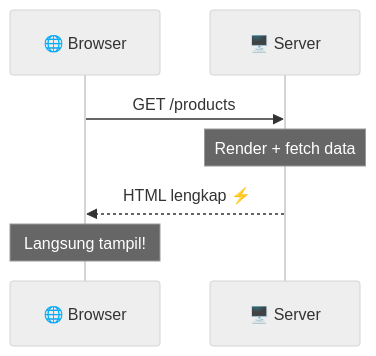
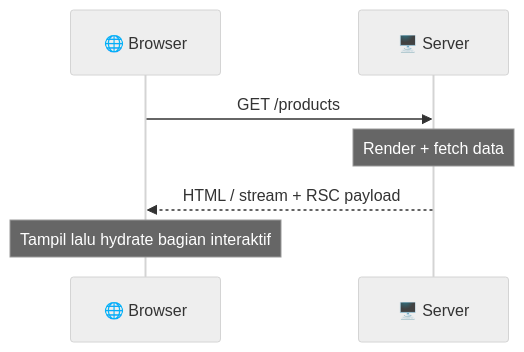
The second of 3 diagrams in pages/modul-01.md (hurifajri/a-z-nextjs), drawn with Mermaid (neutral theme) before and after one commit. The commit also changed other lines of this file and 21 other files, not shown here.

````diff
--- a/pages/modul-01.md
+++ b/pages/modul-01.md
@@ -106,9 +112,9 @@
 ```mermaid {scale: 1}
 sequenceDiagram
     participant B as 🌐 Browser
     participant S as 🖥️ Server
     B->>S: GET /products
     Note over S: Render + fetch data
-    S-->>B: HTML lengkap ⚡
-    Note over B: Langsung tampil!
+    S-->>B: HTML / stream + RSC payload
+    Note over B: Tampil lalu hydrate bagian interaktif
 ```
````
